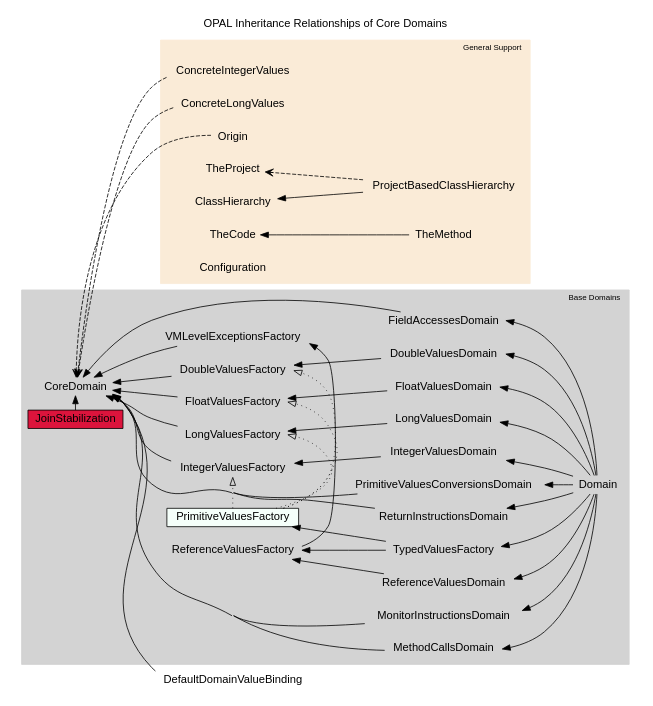
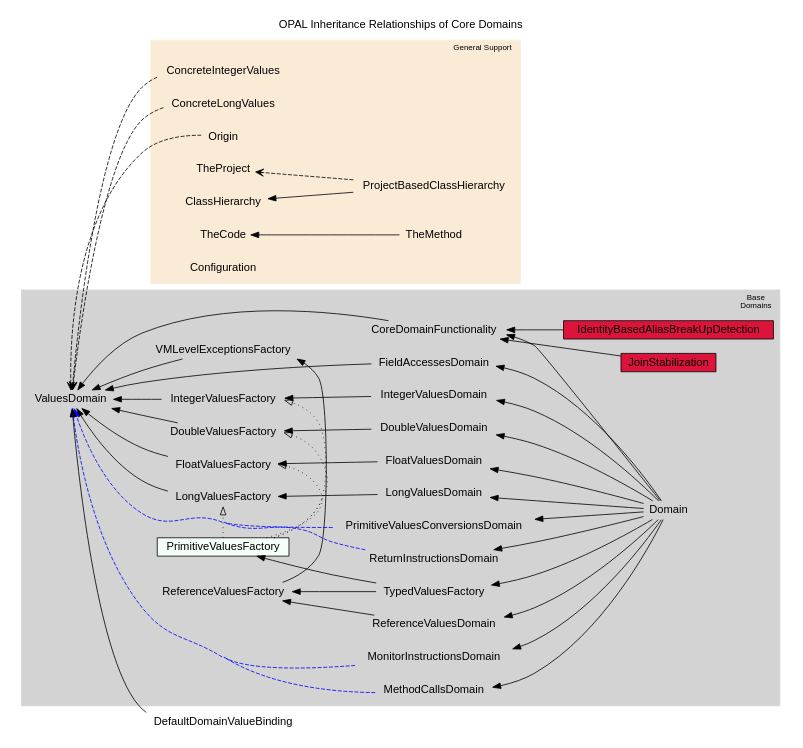
The diagram in OPAL/ai/src/main/scala/org/opalj/ai/OPAL-Domains.dot (opalj/opal), drawn with Graphviz before and after one commit. The commit also changed 85 other files, not shown here.

Commit message:
preparations for the introduction of "relational domains" (i.e., domains which put values into relation, such as "x < y")

```diff
--- a/OPAL/ai/src/main/scala/org/opalj/ai/OPAL-Domains.dot
+++ b/OPAL/ai/src/main/scala/org/opalj/ai/OPAL-Domains.dot
@@ -1,111 +1,119 @@
 digraph OPALDomains {
 	compound=true;
 	concentrate=true;
 	fontname=Helvetica;
 	dpi=50;
 	node [fontname=Helvetica,shape=plaintext,margin="0.05,0.05",height=0];
 	edge [fontname=Helvetica];
 
 	rankdir = RL;
 
 	subgraph cluster_base_domains {
 		style=filled;
     color=lightgrey;
 		fontsize=10;
 
 		//{rank=sink; CoreDomain;}
 		//{rank=source; Domain;}
-		IntegerValuesDomain -> IntegerValuesFactory -> CoreDomain;
-		LongValuesDomain -> LongValuesFactory -> CoreDomain;
-		FloatValuesDomain -> FloatValuesFactory -> CoreDomain;
-		DoubleValuesDomain -> DoubleValuesFactory -> CoreDomain;
-		ReferenceValuesDomain -> ReferenceValuesFactory -> VMLevelExceptionsFactory -> CoreDomain;
+		IntegerValuesDomain -> IntegerValuesFactory -> ValuesDomain;
+		LongValuesDomain -> LongValuesFactory -> ValuesDomain;
+		FloatValuesDomain -> FloatValuesFactory -> ValuesDomain;
+		DoubleValuesDomain -> DoubleValuesFactory -> ValuesDomain;
+		ReferenceValuesDomain -> ReferenceValuesFactory -> VMLevelExceptionsFactory -> ValuesDomain;
 
 		PrimitiveValuesFactory -> IntegerValuesFactory [style=dotted,arrowhead=onormal];
 		PrimitiveValuesFactory -> LongValuesFactory [style=dotted,arrowhead=onormal];
 		PrimitiveValuesFactory -> FloatValuesFactory [style=dotted,arrowhead=onormal];
 		PrimitiveValuesFactory -> DoubleValuesFactory [style=dotted,arrowhead=onormal];
 		PrimitiveValuesFactory [style=filled,fillcolor=mintcream,shape=rectangle];
 
-		JoinStabilization -> CoreDomain;
+		JoinStabilization -> CoreDomainFunctionality;
 		JoinStabilization [style=filled,fillcolor=crimson,shape=rectangle];
+
+		IdentityBasedAliasBreakUpDetection -> CoreDomainFunctionality;
+		IdentityBasedAliasBreakUpDetection [style=filled,fillcolor=crimson,shape=rectangle];
 
 		Domain -> IntegerValuesDomain;
 		Domain -> LongValuesDomain;
 		Domain -> FloatValuesDomain;
 		Domain -> DoubleValuesDomain;
 		Domain -> ReferenceValuesDomain;
-		Domain -> FieldAccessesDomain -> CoreDomain;
-		Domain -> MethodCallsDomain -> CoreDomain;
-		Domain -> MonitorInstructionsDomain -> CoreDomain;
-		Domain -> ReturnInstructionsDomain -> CoreDomain;
-		Domain -> PrimitiveValuesConversionsDomain -> CoreDomain;
+		Domain -> FieldAccessesDomain -> ValuesDomain;
+		Domain -> MethodCallsDomain;
+		MethodCallsDomain -> ValuesDomain [style=dashed,color=blue];
+		Domain -> MonitorInstructionsDomain;
+		MonitorInstructionsDomain -> ValuesDomain [style=dashed,color=blue];
+		Domain -> ReturnInstructionsDomain;
+		ReturnInstructionsDomain -> ValuesDomain [style=dashed,color=blue];
+		Domain -> PrimitiveValuesConversionsDomain;
+		PrimitiveValuesConversionsDomain -> ValuesDomain [style=dashed,color=blue];
 		Domain -> TypedValuesFactory -> { PrimitiveValuesFactory; ReferenceValuesFactory;};
+		Domain -> CoreDomainFunctionality -> ValuesDomain;
 
 		{rank=same;
 			MethodCallsDomain;
 			FieldAccessesDomain;
 			MonitorInstructionsDomain;
 			ReturnInstructionsDomain;
 			PrimitiveValuesConversionsDomain;
 			ReferenceValuesDomain;
 			IntegerValuesDomain;
 			LongValuesDomain;
 			FloatValuesDomain;
 			DoubleValuesDomain;
 		}
 		{rank=same;
 			ReferenceValuesFactory;
 			VMLevelExceptionsFactory;
 			PrimitiveValuesFactory;
 			IntegerValuesFactory;
 			LongValuesFactory;
 			FloatValuesFactory;
 			DoubleValuesFactory;
 		}
 	  {rank=same;
-			CoreDomain;
+			IdentityBasedAliasBreakUpDetection;
 			JoinStabilization;
 		}
 
-		label="Base Domains";
+		label="Base\nDomains";
 		labeljust=l;
 	}
 
 	subgraph cluster_helper_domains {
 		style=filled;
 		color=antiquewhite;
 		fontsize=10;
 
-		ConcreteIntegerValues -> CoreDomain [style=dashed,arrowhead=vee];
-		ConcreteLongValues -> CoreDomain [style=dashed,arrowhead=vee];
-		Origin -> CoreDomain [style=dashed,arrowhead=vee];
+		ConcreteIntegerValues -> ValuesDomain [style=dashed,arrowhead=vee];
+		ConcreteLongValues -> ValuesDomain [style=dashed,arrowhead=vee];
+		Origin -> ValuesDomain [style=dashed,arrowhead=vee];
 		ProjectBasedClassHierarchy -> ClassHierarchy;
 		ProjectBasedClassHierarchy -> TheProject [style=dashed,arrowhead=vee];
 		TheProject;
 		TheMethod -> TheCode ;
 		Configuration;
 
 	{rank=same;
 		TheCode;
 		Origin;
 		ClassHierarchy;
 		TheProject;
 		ConcreteIntegerValues;
 		ConcreteLongValues;
 		Configuration;
 	}
 
 		label="General Support";
 		labeljust=l;
 	}
 
 	subgraph l0_domains {
 
 	}
 
-	DefaultDomainValueBinding -> CoreDomain;
+	DefaultDomainValueBinding -> ValuesDomain;
 
 	label = "OPAL Inheritance Relationships of Core Domains";
 	labelloc = "t";
  }
```
